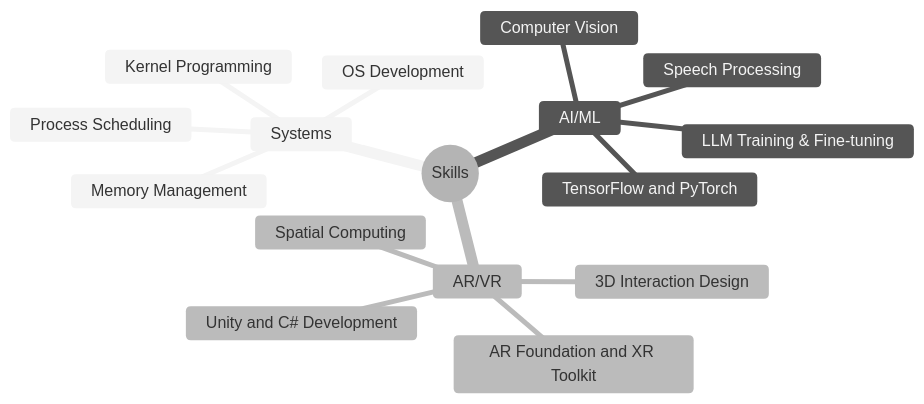
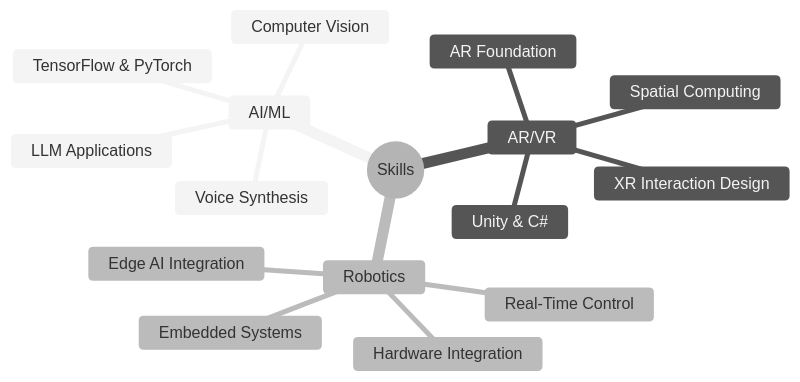
Before and after one commit to Mason-Baloun/Mason-Baloun: the diagram in README.md, drawn with Mermaid (neutral theme). The commit also changed other lines of this file, not shown here.

````diff
--- a/README.md
+++ b/README.md
@@ -101,19 +113,19 @@
 ```mermaid
 mindmap
   root((Skills))
-    Systems
-      OS Development
-      Kernel Programming
-      Memory Management
-      Process Scheduling
     AI/ML
-      LLM Training & Fine-tuning
-      TensorFlow and PyTorch
+      LLM Applications
+      TensorFlow & PyTorch
       Computer Vision
-      Speech Processing
+      Voice Synthesis
     AR/VR
       Spatial Computing
-      3D Interaction Design
-      Unity and C# Development
-      AR Foundation and XR Toolkit
+      Unity & C#
+      AR Foundation
+      XR Interaction Design
+    Robotics
+      Edge AI Integration
+      Real-Time Control
+      Hardware Integration
+      Embedded Systems
 ```
````
